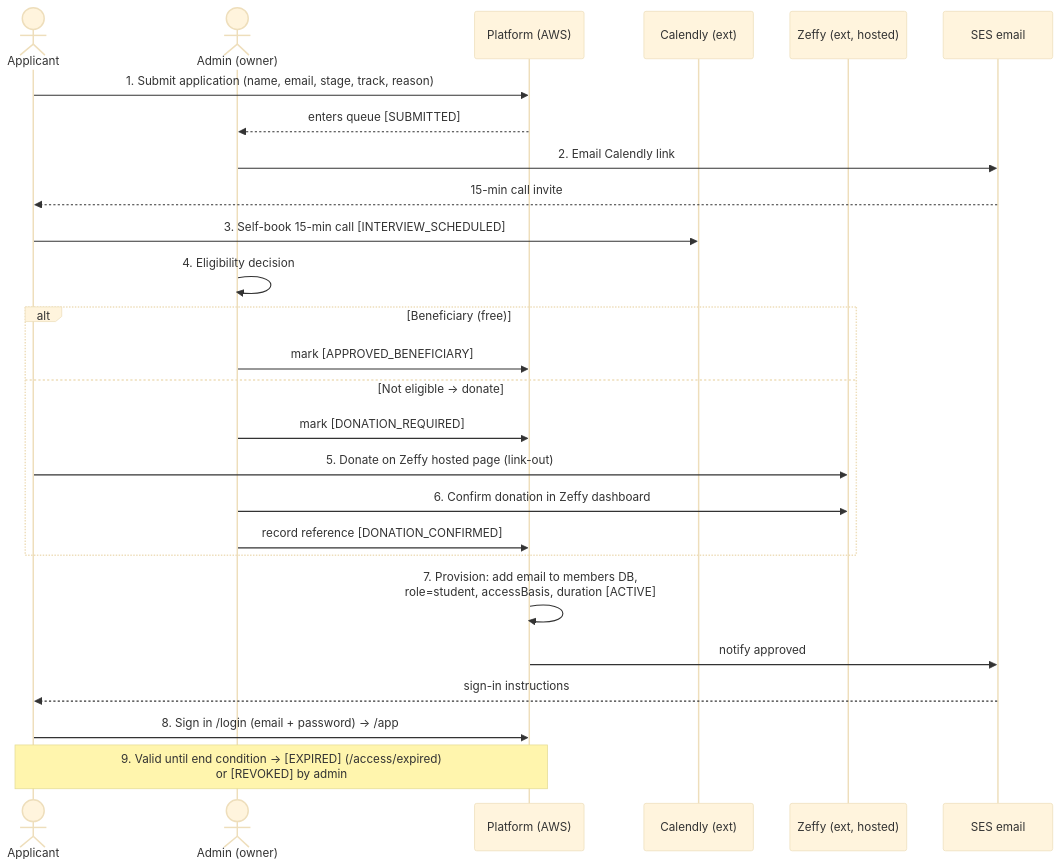
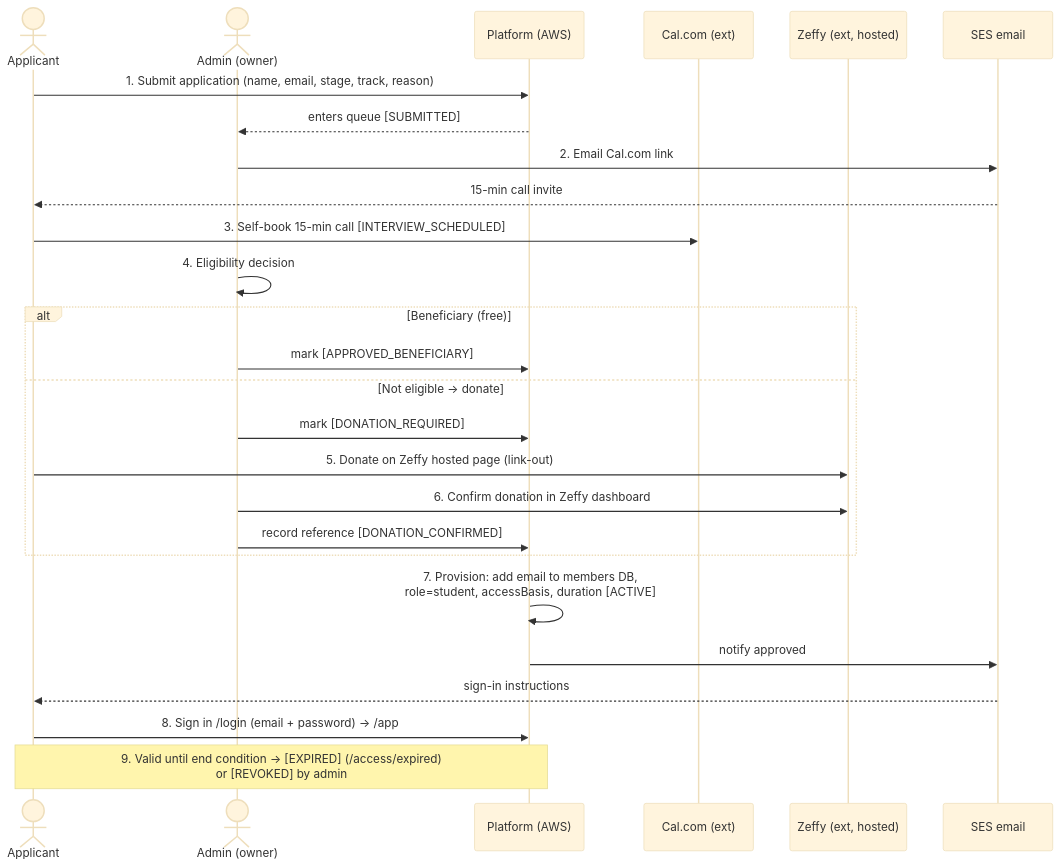
One commit to tccao/stem-career-path-ai-era changed the third of 3 diagrams in docs/Customer-Journey.md. Above: the diagram before and after it, drawn with Mermaid (base theme). The commit also changed other lines of this file and 8 other files, not shown here.

Commit message:
docs: implement gated curriculum delivery via private S3 and CloudFront signed cookies, update architecture runbooks, and refine service trade-off documentation.

````diff
--- a/docs/Customer-Journey.md
+++ b/docs/Customer-Journey.md
@@ -183,31 +183,31 @@
 ```mermaid
 sequenceDiagram
     actor A as Applicant
     actor Ad as Admin (owner)
     participant Sys as Platform (AWS)
-    participant Cal as Calendly (ext)
+    participant Cal as Cal.com (ext)
     participant Pay as Zeffy (ext, hosted)
     participant Mail as SES email
 
     A->>Sys: 1. Submit application (name, email, stage, track, reason)
     Sys-->>Ad: enters queue [SUBMITTED]
-    Ad->>Mail: 2. Email Calendly link
+    Ad->>Mail: 2. Email Cal.com link
     Mail-->>A: 15-min call invite
     A->>Cal: 3. Self-book 15-min call [INTERVIEW_SCHEDULED]
     Ad->>Ad: 4. Eligibility decision
 
     alt Beneficiary (free)
         Ad->>Sys: mark [APPROVED_BENEFICIARY]
     else Not eligible → donate
         Ad->>Sys: mark [DONATION_REQUIRED]
         A->>Pay: 5. Donate on Zeffy hosted page (link-out)
         Ad->>Pay: 6. Confirm donation in Zeffy dashboard
         Ad->>Sys: record reference [DONATION_CONFIRMED]
     end
 
     Sys->>Sys: 7. Provision: add email to members DB,<br/>role=student, accessBasis, duration [ACTIVE]
     Sys->>Mail: notify approved
     Mail-->>A: sign-in instructions
     A->>Sys: 8. Sign in /login (email + password) → /app
     Note over A,Sys: 9. Valid until end condition → [EXPIRED] (/access/expired)<br/>or [REVOKED] by admin
 ```
````
